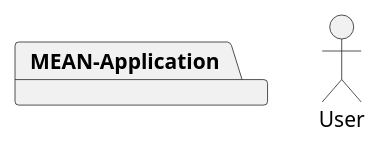
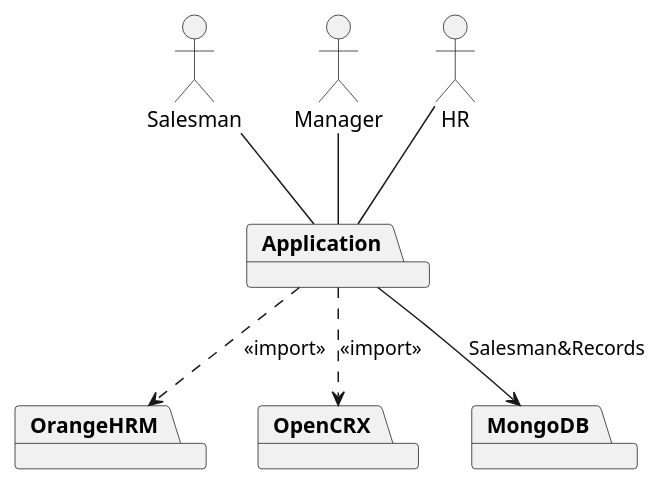
The diagram in UML/ContextView.puml (thanse2s/iar-framework), drawn with PlantUML before and after one commit. The commit also changed 1 other file, not shown here.

```diff
--- a/UML/ContextView.puml
+++ b/UML/ContextView.puml
@@ -1,9 +1,28 @@
 @startuml
 'https://plantuml.com/object-diagram
 
-actor User
+actor Salesman
+actor Manager
+actor HR
 
-package MEAN-Application {
+package Application {
 }
 
+package OrangeHRM {
+}
+
+package OpenCRX {
+}
+
+package MongoDB {
+}
+
+Salesman -- Application
+Manager -- Application
+HR -- Application
+
+Application ..> OrangeHRM :<<import>>
+Application ..> OpenCRX : <<import>>
+Application --> MongoDB : Salesman&Records
+
 @enduml
```
